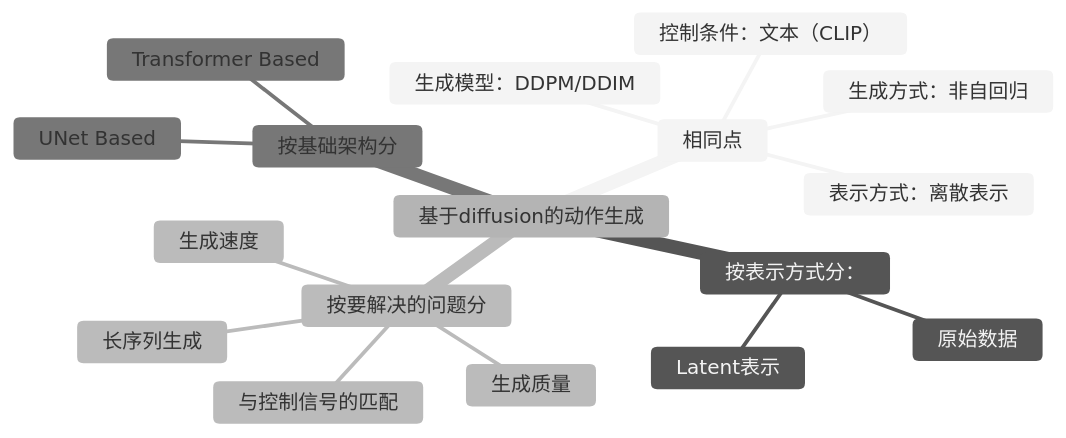
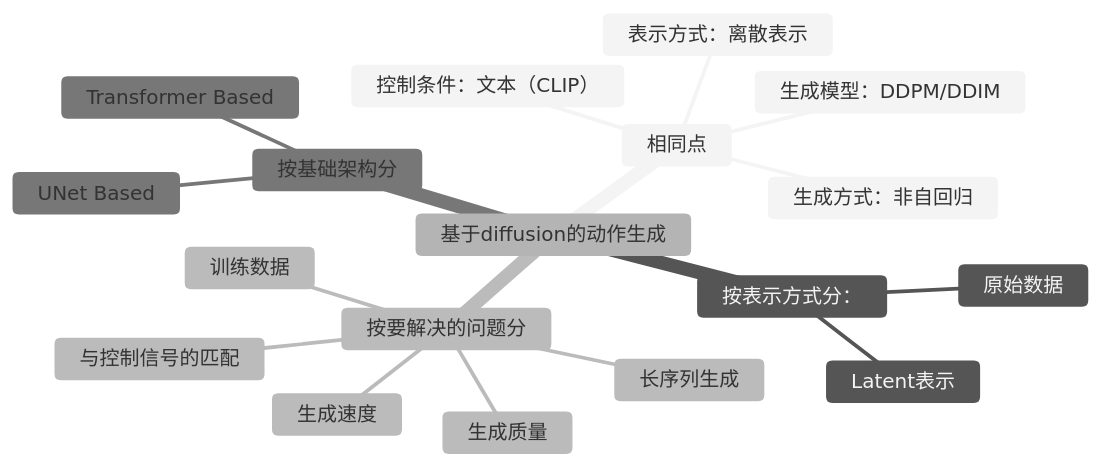
The second of 2 diagrams in src/CharacterAnimation/HumanMotionGenerationSummary.md (CaterpillarStudyGroup/ImportantArticles), drawn with Mermaid (neutral theme) before and after one commit. The commit also changed other lines of this file, not shown here.

````diff
--- a/src/CharacterAnimation/HumanMotionGenerationSummary.md
+++ b/src/CharacterAnimation/HumanMotionGenerationSummary.md
@@ -92,20 +92,21 @@
 ```mermaid
 mindmap
 基于diffusion的动作生成
     相同点
         控制条件：文本（CLIP）
         生成方式：非自回归
         表示方式：离散表示
         生成模型：DDPM/DDIM
     按表示方式分：
         原始数据
         Latent表示
     按要解决的问题分
         与控制信号的匹配
         生成质量
         生成速度
         长序列生成
+        训练数据
     按基础架构分
         Transformer Based
         UNet Based
 ```
````
